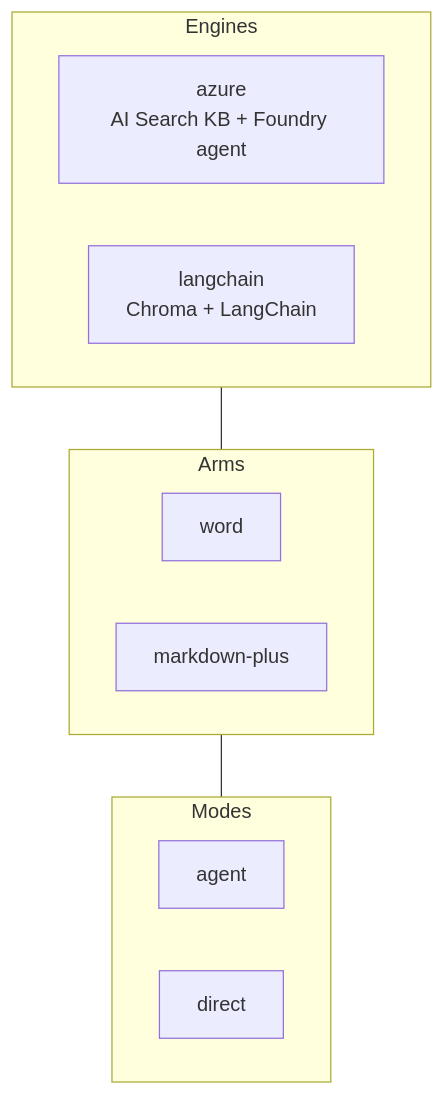
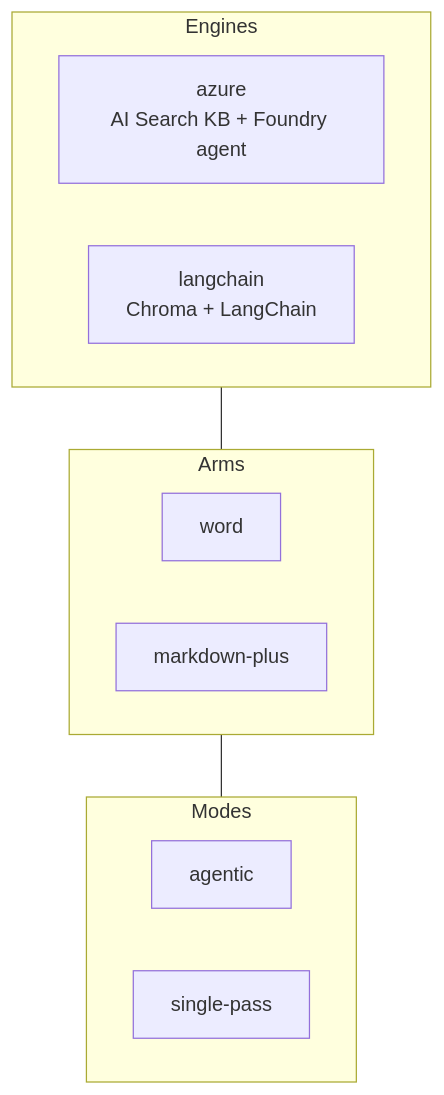
Before and after one commit to PradeepDhawanRedburn/research-ai-poc: the second of 9 diagrams in docs/TECHNICAL_ARCHITECTURE.md, drawn with Mermaid. The commit also changed other lines of this file and 33 other files, not shown here.

````diff
--- a/docs/TECHNICAL_ARCHITECTURE.md
+++ b/docs/TECHNICAL_ARCHITECTURE.md
@@ -43,19 +43,19 @@
 ```mermaid
 flowchart TB
     subgraph Engines
         direction LR
         AZ["azure<br/>AI Search KB + Foundry agent"]
         LC["langchain<br/>Chroma + LangChain"]
     end
     subgraph Arms
         direction LR
         W["word"]
         M["markdown-plus"]
     end
     subgraph Modes
         direction LR
-        AG["agent"]
-        DI["direct"]
+        AG["agentic"]
+        DI["single-pass"]
     end
     Engines --- Arms --- Modes
 ```
````
